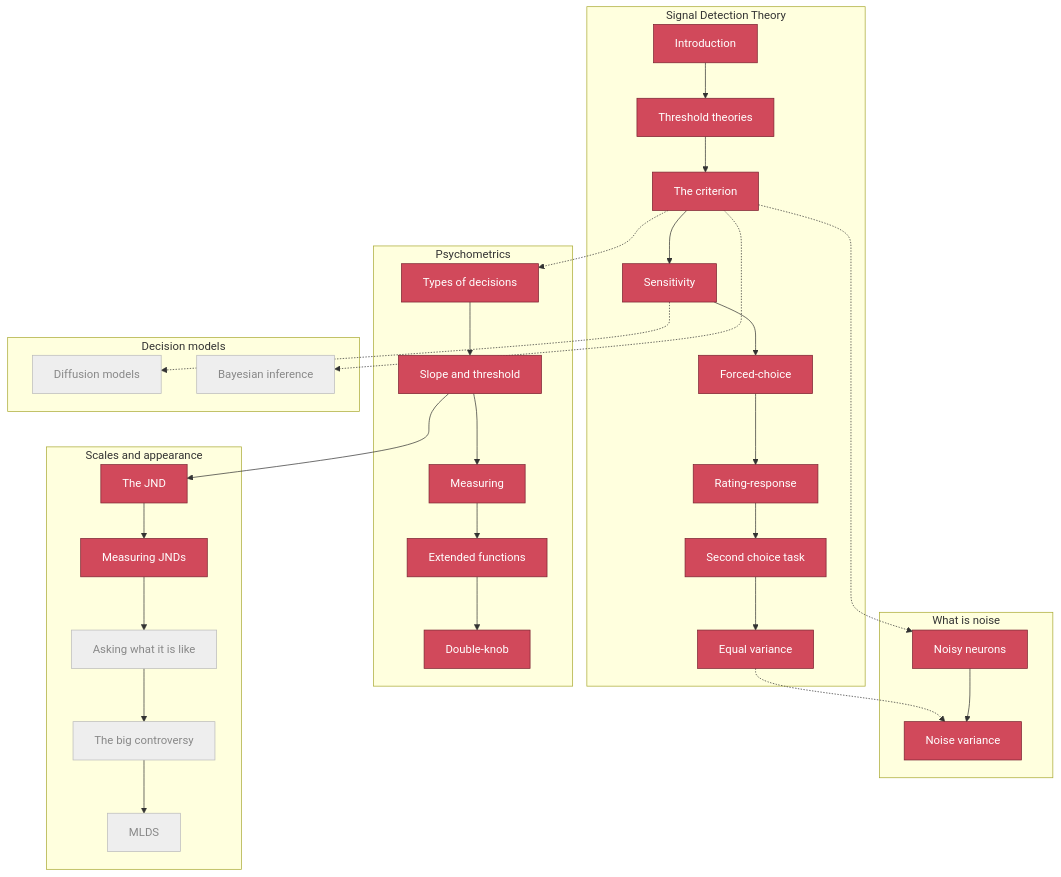
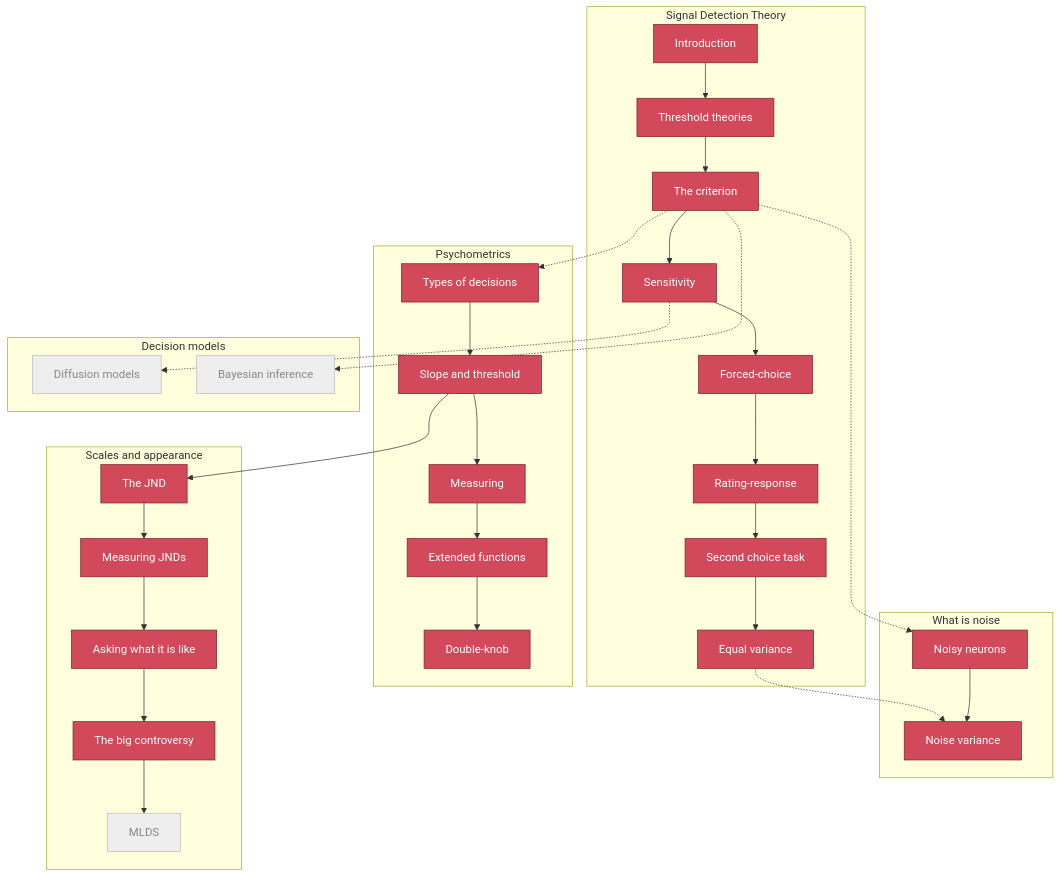
One commit to tbalsdon/psychophysical-choose-your-own-adventure changed the diagram in sitemap.md. Above: the diagram before and after it, drawn with Mermaid. The commit also changed 7 other files, not shown here.

First line of the commit message:
Section 3 batch 2: magnitude estimation + the log-vs-power controversy

````diff
--- a/sitemap.md
+++ b/sitemap.md
@@ -12,73 +12,75 @@
 ```{mermaid}
 flowchart TD
     subgraph SDT [Signal Detection Theory]
         a[Introduction]
         b[Threshold theories]
         d[The criterion]
         e[Sensitivity]
         f[Forced-choice]
         g[Rating-response]
         h[Second choice task]
         i[Equal variance]
     end
 
     subgraph NOISE [What is noise]
         nn[Noisy neurons]
         nv[Noise variance]
     end
 
     subgraph PSY [Psychometrics]
         pdec[Types of decisions]
         pst[Slope and threshold]
         pme[Measuring]
         pex[Extended functions]
         pdk[Double-knob]
     end
 
     subgraph SCALE [Scales and appearance]
         sjnd[The JND]
         sst[Measuring JNDs]
         sask[Asking what it is like]
         sctrl[The big controversy]
         smlds[MLDS]
     end
 
     subgraph DM [Decision models]
         dm1[Diffusion models]
         dm2[Bayesian inference]
     end
 
     a --> b --> d --> e --> f --> g --> h --> i
     d -.-> nn
     i -.-> nv
     nn --> nv
     d -.-> pdec
     pdec --> pst --> pme --> pex --> pdk
     pst --> sjnd
     sjnd --> sst --> sask --> sctrl --> smlds
     e -.-> dm1
     d -.-> dm2
 
     classDef done fill:#d1495b,stroke:#7a2230,color:#fff;
     classDef todo fill:#eee,stroke:#bbb,color:#888;
-    class a,b,d,e,f,g,h,i,nn,nv,pdec,pst,pme,pex,pdk,sjnd,sst done;
-    class sask,sctrl,smlds,dm1,dm2 todo;
+    class a,b,d,e,f,g,h,i,nn,nv,pdec,pst,pme,pex,pdk,sjnd,sst,sask,sctrl done;
+    class smlds,dm1,dm2 todo;
 
     click a "../modules/sdt-intro"
     click b "../modules/sdt-threshold-theories"
     click d "../modules/sdt-criterion"
     click e "../modules/sdt-sensitivity"
     click f "../modules/sdt-forced-choice"
     click g "../modules/sdt-rating-response"
     click h "../modules/sdt-second-choice"
     click i "../modules/sdt-equal-variance"
     click nn "../modules/noise-noisy-neurons"
     click nv "../modules/noise-variance"
     click pdec "../modules/psy-decisions"
     click pst "../modules/psy-slope-threshold-bias"
     click pme "../modules/psy-measuring"
     click pex "../modules/psy-extended"
     click pdk "../modules/psy-double-knob"
     click sjnd "../modules/scales-jnd"
     click sst "../modules/scales-staircase"
+    click sask "../modules/scales-magnitude"
+    click sctrl "../modules/scales-controversy"
 ```
````
